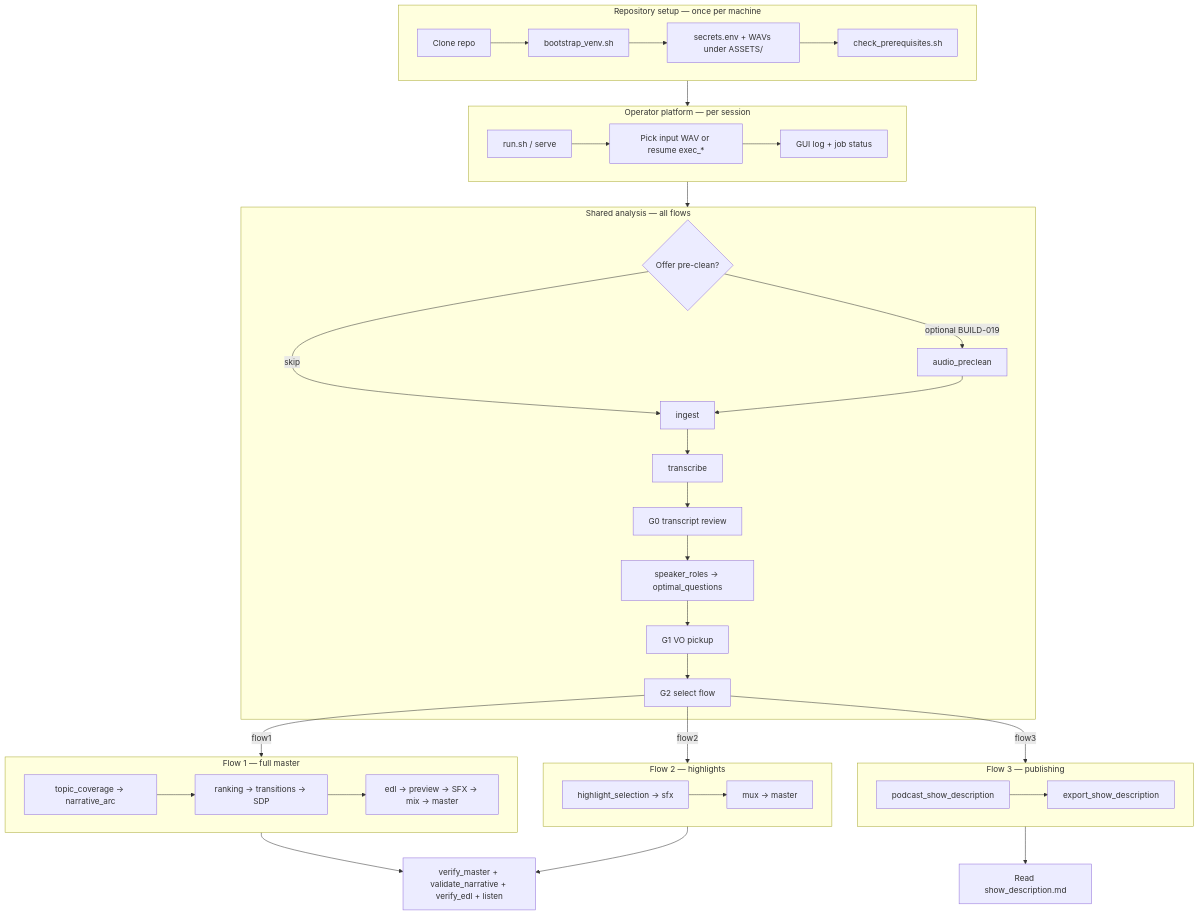
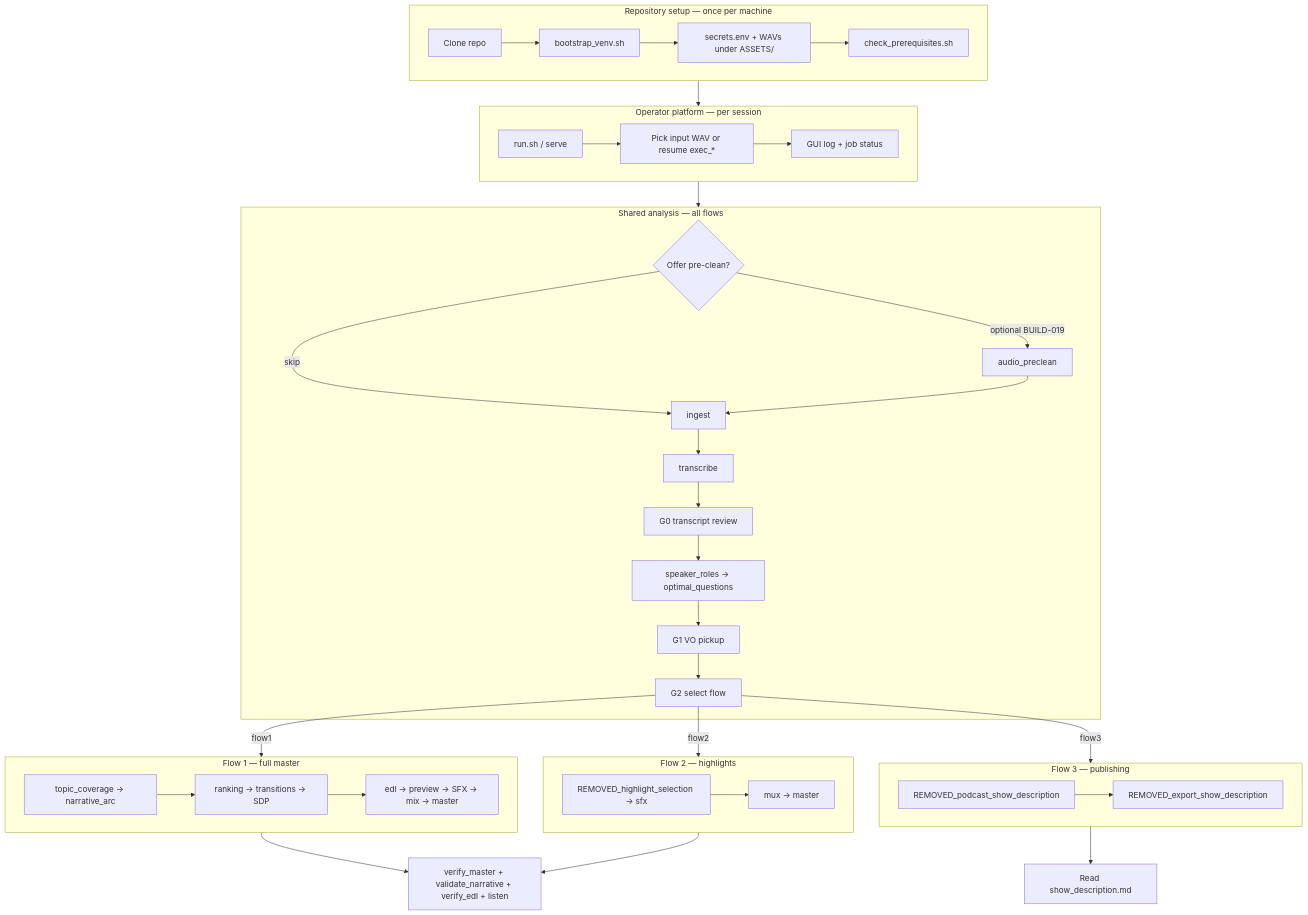
One commit to NicketUttarwar/interview_helper_mux changed the first of 2 diagrams in docs/build-out/full-application-flow.md. Above: the diagram before and after it, drawn with Mermaid. The commit also changed other lines of this file and 471 other files, not shown here.

````diff
--- a/docs/build-out/full-application-flow.md
+++ b/docs/build-out/full-application-flow.md
@@ -9,57 +9,57 @@
 ```mermaid
 flowchart TB
   subgraph setup [Repository setup — once per machine]
     S1[Clone repo]
     S2[bootstrap_venv.sh]
     S3[secrets.env + WAVs under ASSETS/]
     S4[check_prerequisites.sh]
     S1 --> S2 --> S3 --> S4
   end
 
   subgraph platform [Operator platform — per session]
     P1[run.sh / serve]
     P2[Pick input WAV or resume exec_*]
     P3[GUI log + job status]
     P1 --> P2 --> P3
   end
 
   subgraph shared [Shared analysis — all flows]
     A0{Offer pre-clean?}
     A0 -->|optional BUILD-019| A0b[audio_preclean]
     A0 -->|skip| A1[ingest]
     A0b --> A1
     A1 --> A2[transcribe]
     A2 --> G0[G0 transcript review]
     G0 --> A3[speaker_roles → optimal_questions]
     A3 --> G1[G1 VO pickup]
     G1 --> G2[G2 select flow]
   end
 
   subgraph f1 [Flow 1 — full master]
     F1a[topic_coverage → narrative_arc]
     F1b[ranking → transitions → SDP]
     F1c[edl → preview → SFX → mix → master]
     F1a --> F1b --> F1c
   end
 
   subgraph f2 [Flow 2 — highlights]
-    F2a[highlight_selection → sfx]
+    F2a[REMOVED_highlight_selection → sfx]
     F2b[mux → master]
     F2a --> F2b
   end
 
   subgraph f3 [Flow 3 — publishing]
-    F3a[podcast_show_description]
-    F3b[export_show_description]
+    F3a[REMOVED_podcast_show_description]
+    F3b[REMOVED_export_show_description]
     F3a --> F3b
   end
 
   setup --> platform
   platform --> shared
   G2 -->|flow1| f1
   G2 -->|flow2| f2
   G2 -->|flow3| f3
   f1 --> QA[verify_master + validate_narrative + verify_edl + listen]
   f2 --> QA
   f3 --> TXT[Read show_description.md]
 ```
````
